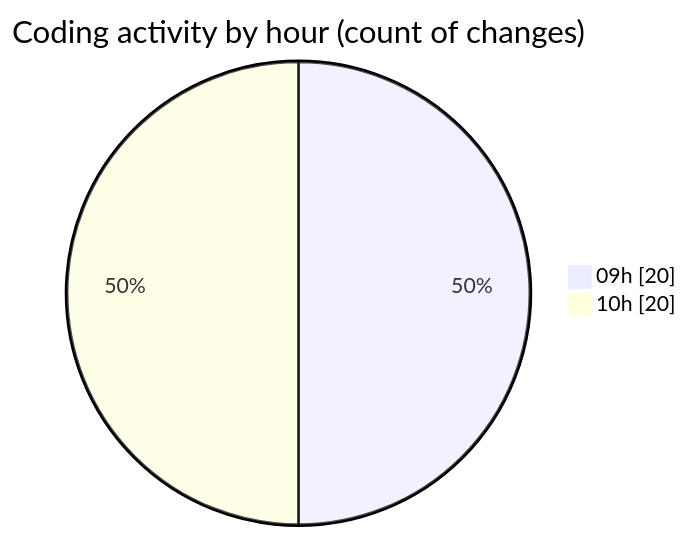
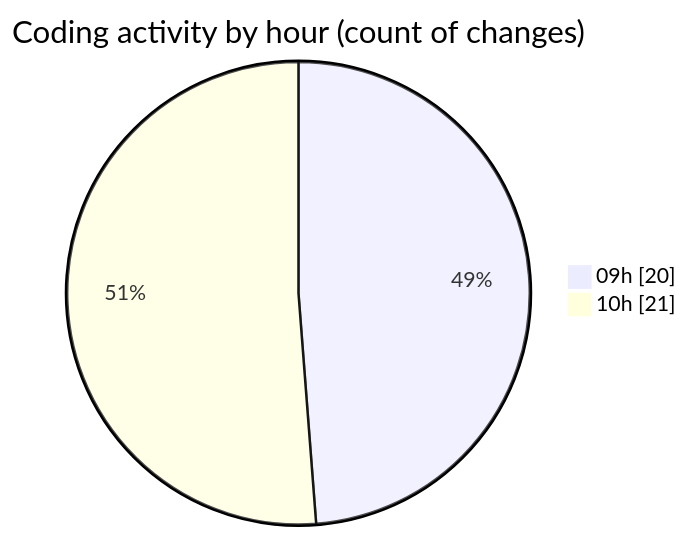
One commit to CELIANVF/code-tracking changed the second of 2 diagrams in 2025-06-10/ecodeli-1/README.md. Above: the diagram before and after it, drawn with Mermaid. The commit also changed other lines of this file and 1 other file, not shown here.

````diff
--- a/2025-06-10/ecodeli-1/README.md
+++ b/2025-06-10/ecodeli-1/README.md
@@ -46,6 +46,6 @@
 ```mermaid
 pie showData
 title Coding activity by hour (count of changes)
 "09h" : 20
-"10h" : 20
+"10h" : 21
 ```
````
